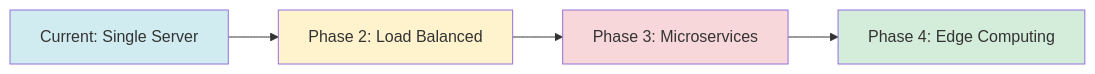
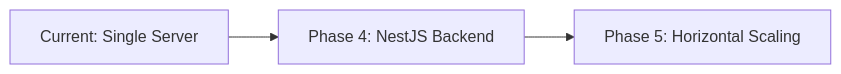
Diagram 17 of 19 in Architecture.md (syr-is/syr), drawn with Mermaid before and after one commit. The commit also changed other lines of this file and 149 other files, not shown here.

````diff
--- a/Architecture.md
+++ b/Architecture.md
@@ -640,11 +652,5 @@
 ```mermaid
 graph LR
-    A[Current: Single Server] --> B[Phase 2: Load Balanced]
-    B --> C[Phase 3: Microservices]
-    C --> D[Phase 4: Edge Computing]
-
-    style A fill:#d1ecf1
-    style B fill:#fff3cd
-    style C fill:#f8d7da
-    style D fill:#d4edda
+    A[Current: Single Server] --> B[Phase 4: NestJS Backend]
+    B --> C[Phase 5: Horizontal Scaling]
 ```
````
